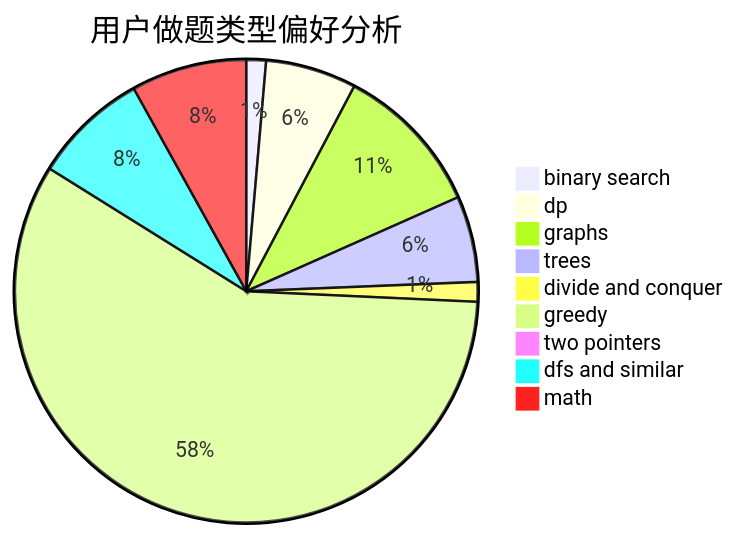
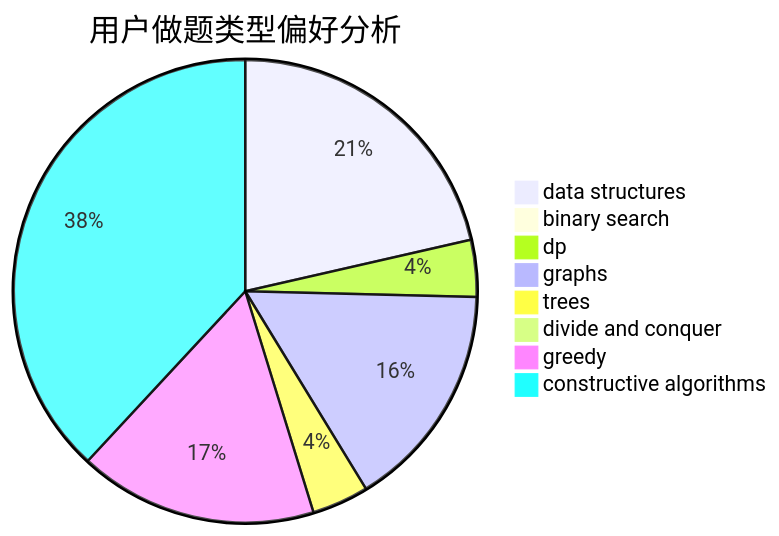
Before and after one commit to sherpahu/cfrs.github.io: the second of 3 diagrams in docs/user/u2673.md, drawn with Mermaid. The commit also changed other lines of this file and 2775 other files, not shown here.

````diff
--- a/docs/user/u2673.md
+++ b/docs/user/u2673.md
@@ -23,12 +23,11 @@
 ```mermaid
 pie title 用户做题类型偏好分析
-    "binary search" :  8
-    "dp" :  37
-    "graphs" :  62
-    "trees" :  35
-    "divide and conquer" :  8
-    "greedy" :  339
-    "two pointers" :  5
-    "dfs and similar" :  47
-    "math" :  47
+    "data structures" :  27
+    "binary search" :  0
+    "dp" :  5
+    "graphs" :  20
+    "trees" :  5
+    "divide and conquer" :  0
+    "greedy" :  21
+    "constructive algorithms" :  48
 ```
````
